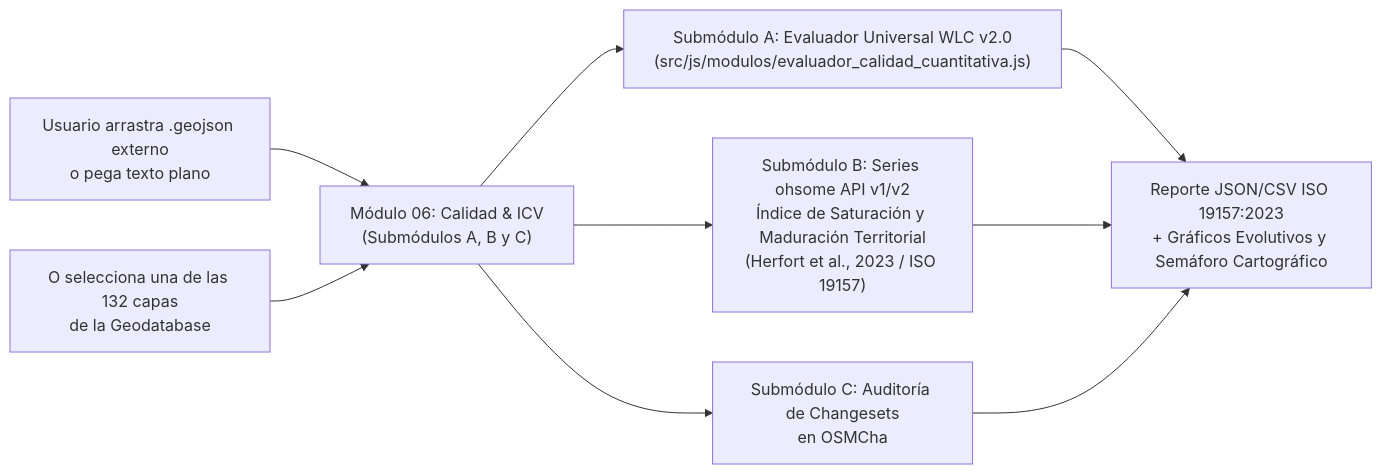
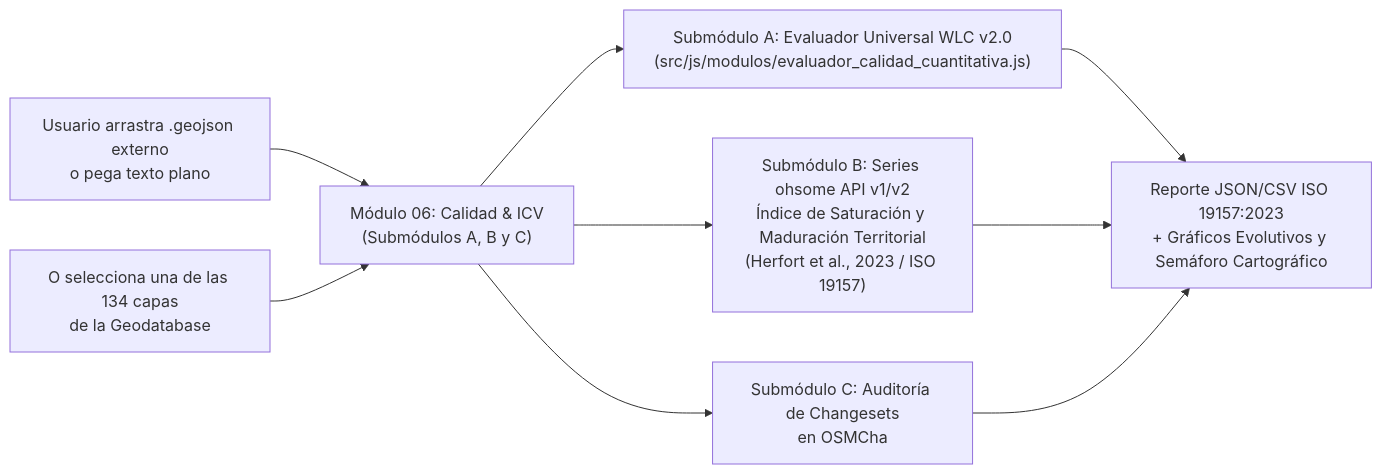
Before and after one commit to GEOJOTA/atlas_vgi_territorial: the third of 5 diagrams in src/docs/ANALISIS_METACALIDAD.md, drawn with Mermaid. The commit also changed other lines of this file and 19 other files, not shown here.

````diff
--- a/src/docs/ANALISIS_METACALIDAD.md
+++ b/src/docs/ANALISIS_METACALIDAD.md
@@ -158,9 +158,9 @@
 ```mermaid
 flowchart LR
     EXT["Usuario arrastra .geojson externo<br/>o pega texto plano"] --> MOD06["Módulo 06: Calidad & ICV<br/>(Submódulos A, B y C)"]
-    INT["O selecciona una de las 132 capas<br/>de la Geodatabase"] --> MOD06
+    INT["O selecciona una de las 134 capas<br/>de la Geodatabase"] --> MOD06
     MOD06 --> ALG["Submódulo A: Evaluador Universal WLC v2.0<br/>(src/js/modulos/evaluador_calidad_cuantitativa.js)"]
     MOD06 --> OHS["Submódulo B: Series ohsome API v1/v2<br/>Índice de Saturación y Maduración Territorial<br/>(Herfort et al., 2023 / ISO 19157)"]
     MOD06 --> CHA["Submódulo C: Auditoría de Changesets<br/>en OSMCha"]
     ALG & OHS & CHA --> RES["Reporte JSON/CSV ISO 19157:2023<br/>+ Gráficos Evolutivos y Semáforo Cartográfico"]
 ```
````
